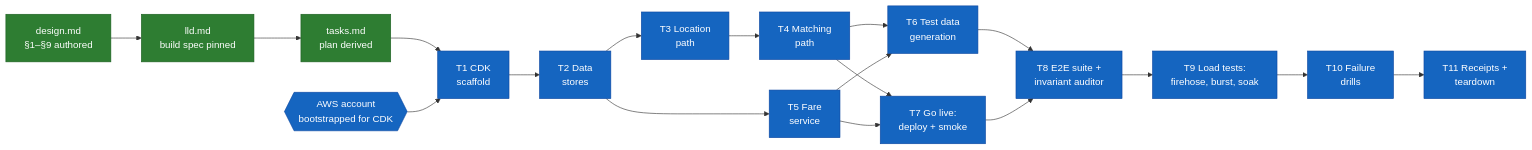
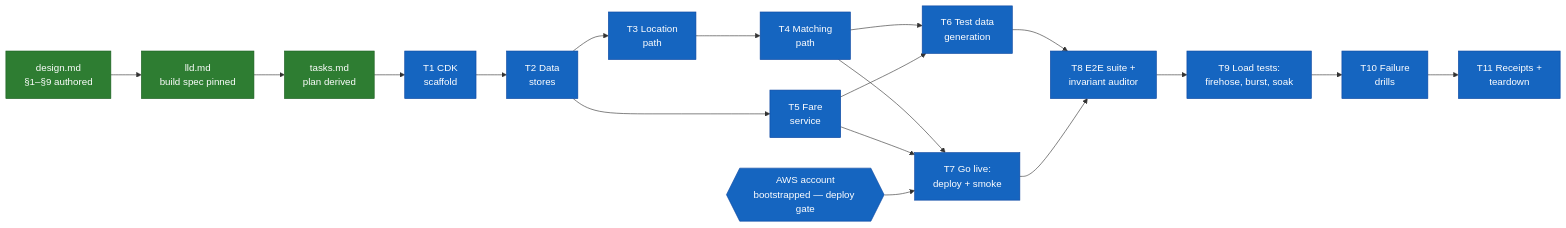
One commit to quannh0308/SystemDesignDeepDives changed the diagram in uber-like-rides/ledger.md. Above: the diagram before and after it, drawn with Mermaid. The commit also changed other lines of this file and 2 other files, not shown here.

Commit message:
AWS account gates deployment only; every build task gets local tests
Ledger DAG corrected: the bootstrap gate moves from T1 to T7 (go live)
so development T1-T6 never blocks on an account. Local-first rule added
to the plan header: a build task is done when its own local tests pass,
zero AWS access needed. Missing test subtasks added: 3.5 (location
logic: bbox validation, sweeper stale selection, candidate exclusions)
and 5.3 (haversine known pairs, pricing monotonicity, expiry boundary).
LLD names the GeoClient/LockClient seam so core logic unit-tests
against in-memory fakes, real ioredis exercised from task 7 onward.

````diff
--- a/uber-like-rides/ledger.md
+++ b/uber-like-rides/ledger.md
@@ -8,38 +8,38 @@
 ```mermaid
 flowchart LR
     DESIGN[design.md<br/>§1–§9 authored]
     LLD[lld.md<br/>build spec pinned]
     PLAN[tasks.md<br/>plan derived]
     T1[T1 CDK<br/>scaffold]
     T2[T2 Data<br/>stores]
     T3[T3 Location<br/>path]
     T4[T4 Matching<br/>path]
     T5[T5 Fare<br/>service]
     T6[T6 Test data<br/>generation]
     T7[T7 Go live:<br/>deploy + smoke]
     T8[T8 E2E suite +<br/>invariant auditor]
     T9[T9 Load tests:<br/>firehose, burst, soak]
     T10[T10 Failure<br/>drills]
     T11[T11 Receipts +<br/>teardown]
-    AWS{{AWS account<br/>bootstrapped for CDK}}
+    AWS{{AWS account<br/>bootstrapped — deploy gate}}
 
     DESIGN --> LLD --> PLAN --> T1
-    AWS --> T1
     T1 --> T2
     T2 --> T3
     T2 --> T5
     T3 --> T4
     T4 --> T6
     T5 --> T6
     T4 --> T7
     T5 --> T7
+    AWS --> T7
     T6 --> T8
     T7 --> T8
     T8 --> T9 --> T10 --> T11
 
     classDef done fill:#2e7d32,color:#fff,stroke:#1b5e20
     classDef active fill:#ff8f00,color:#fff,stroke:#e65100
     classDef pending fill:#1565c0,color:#fff,stroke:#0d47a1
     class DESIGN,LLD,PLAN done
     class T1,T2,T3,T4,T5,T6,T7,T8,T9,T10,T11,AWS pending
 ```
````
